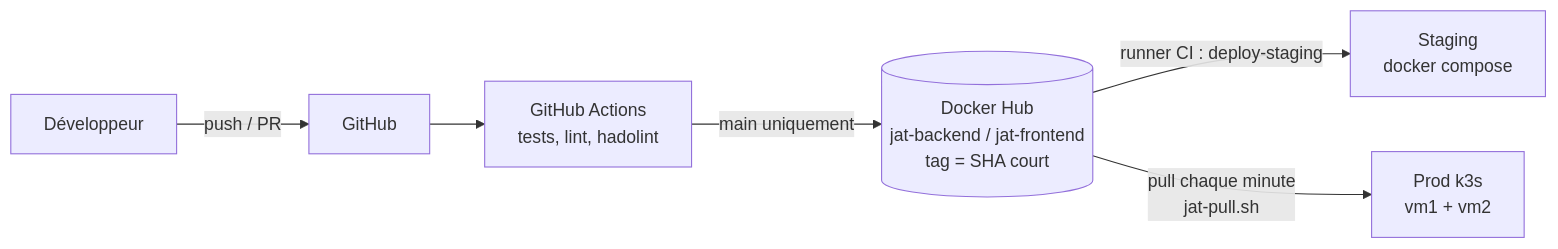
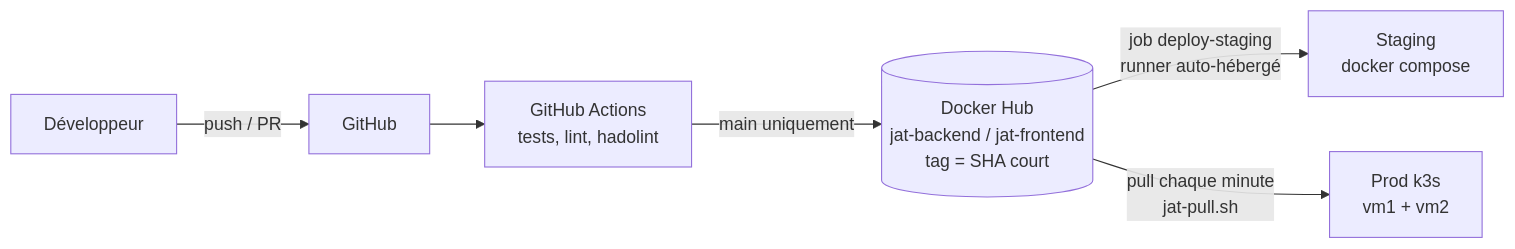
The diagram in README.md (AnecV8/Projet-devops-avancee), drawn with Mermaid before and after one commit. The commit also changed other lines of this file and 2 other files, not shown here.

````diff
--- a/README.md
+++ b/README.md
@@ -13,8 +13,8 @@
 ```mermaid
 flowchart LR
   dev[Développeur] -->|push / PR| gh[GitHub]
   gh --> ci[GitHub Actions<br/>tests, lint, hadolint]
   ci -->|main uniquement| hub[(Docker Hub<br/>jat-backend / jat-frontend<br/>tag = SHA court)]
-  hub -->|runner CI : deploy-staging| stg[Staging<br/>docker compose]
+  hub -->|job deploy-staging<br/>runner auto-hébergé| stg[Staging<br/>docker compose]
   hub -->|pull chaque minute<br/>jat-pull.sh| prod[Prod k3s<br/>vm1 + vm2]
 ```
````
